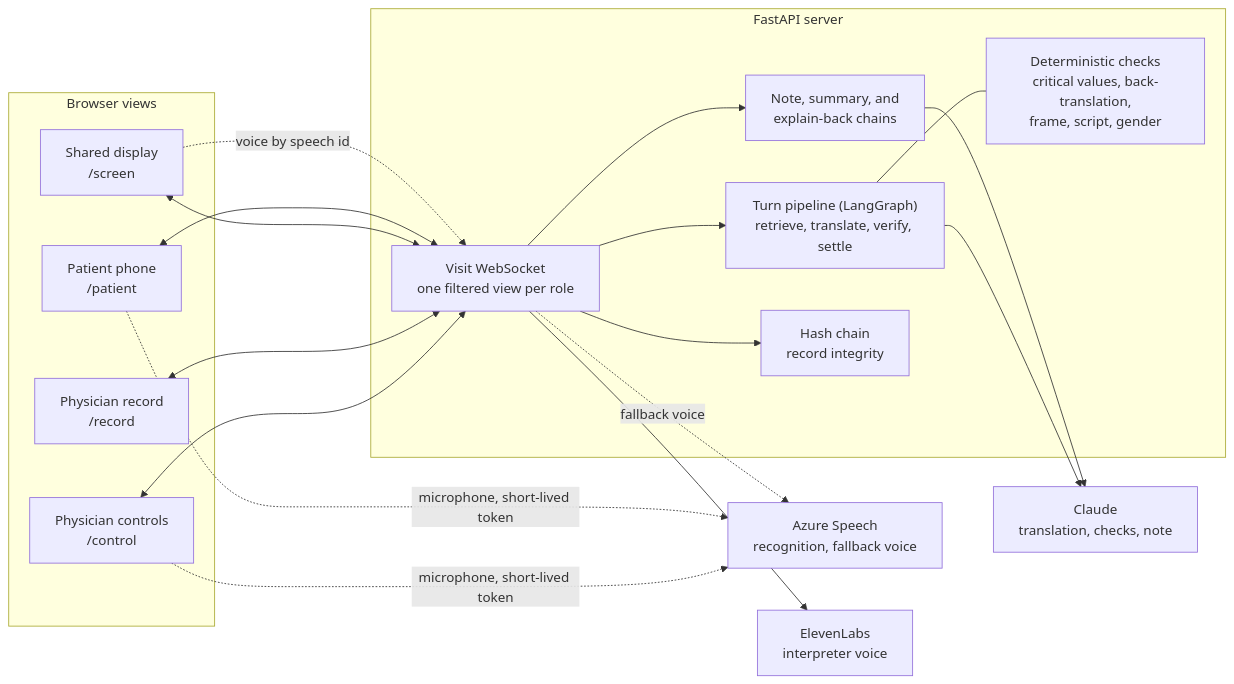
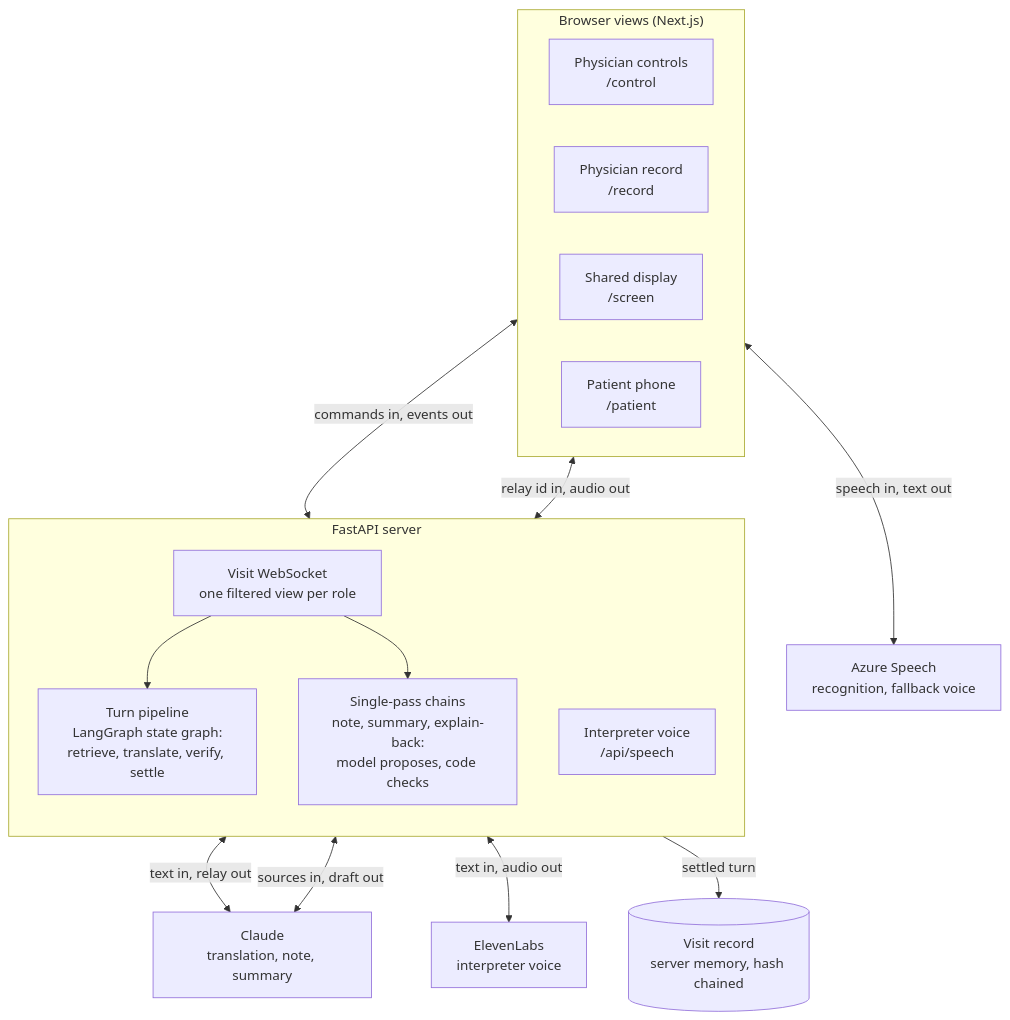
Before and after one commit to rashodkorala/patient-physician-transcriber: the first of 2 diagrams in README.md, drawn with Mermaid. The commit also changed other lines of this file, not shown here.

First line of the commit message:
docs: redraw the README diagrams as a component view and a turn sequence (ADR-004, ADR-010)

````diff
--- a/README.md
+++ b/README.md
@@ -74,37 +77,34 @@
 ```mermaid
-flowchart LR
-    subgraph Devices["Browser views"]
+flowchart TB
+    subgraph Views["Browser views (Next.js)"]
+        direction LR
         control["Physician controls<br/>/control"]
         record["Physician record<br/>/record"]
         screen["Shared display<br/>/screen"]
         patient["Patient phone<br/>/patient"]
     end
 
+    azure["Azure Speech<br/>recognition, fallback voice"]
+
     subgraph Server["FastAPI server"]
+        direction TB
         ws["Visit WebSocket<br/>one filtered view per role"]
-        turns["Turn pipeline (LangGraph)<br/>retrieve, translate, verify, settle"]
-        checks["Deterministic checks<br/>critical values, back-translation,<br/>frame, script, gender"]
-        chains["Note, summary, and<br/>explain-back chains"]
-        chain["Hash chain<br/>record integrity"]
+        voice["Interpreter voice<br/>/api/speech"]
+        turns["Turn pipeline<br/>LangGraph state graph:<br/>retrieve, translate, verify, settle"]
+        outputs["Single-pass chains<br/>note, summary, explain-back:<br/>model proposes, code checks"]
+        ws --> turns
+        ws --> outputs
     end
 
-    azure["Azure Speech<br/>recognition, fallback voice"]
-    claude["Claude<br/>translation, checks, note"]
+    claude["Claude<br/>translation, note, summary"]
+    store[("Visit record<br/>server memory, hash chained")]
     eleven["ElevenLabs<br/>interpreter voice"]
 
-    control <--> ws
-    record <--> ws
-    screen <--> ws
-    patient <--> ws
-    ws --> turns
-    turns --- checks
-    ws --> chains
-    ws --> chain
-    turns --> claude
-    chains --> claude
-    control -. "microphone, short-lived token" .-> azure
-    patient -. "microphone, short-lived token" .-> azure
-    screen -. "voice by speech id" .-> ws
-    ws --> eleven
-    ws -. "fallback voice" .-> azure
+    Views <-->|"speech in, text out"| azure
+    Views <-->|"commands in, events out"| ws
+    Views <-->|"relay id in, audio out"| voice
+    turns <-->|"text in, relay out"| claude
+    outputs <-->|"sources in, draft out"| claude
+    voice <-->|"text in, audio out"| eleven
+    turns -->|"settled turn"| store
 ```
````
